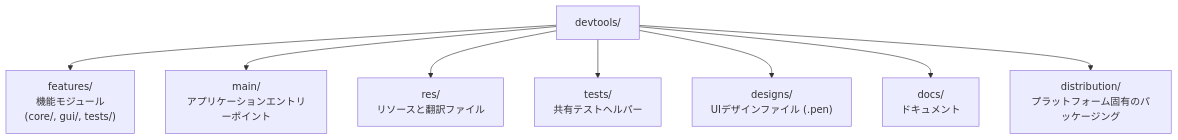
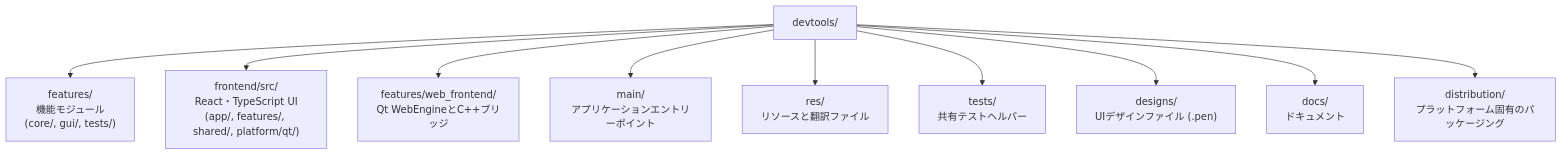
One commit to LotusAndCompany/devtools changed the first of 2 diagrams in docs/ja/CONTRIBUTING.md. Above: the diagram before and after it, drawn with Mermaid. The commit also changed other lines of this file and 37 other files, not shown here.

````diff
--- a/docs/ja/CONTRIBUTING.md
+++ b/docs/ja/CONTRIBUTING.md
@@ -32,11 +32,13 @@
 ```mermaid
 flowchart TD
     root["devtools/"]
     root --> features["features/<br/>機能モジュール<br/>(core/, gui/, tests/)"]
+    root --> frontend["frontend/src/<br/>React・TypeScript UI<br/>(app/, features/, shared/, platform/qt/)"]
+    root --> webbridge["features/web_frontend/<br/>Qt WebEngineとC++ブリッジ"]
     root --> main["main/<br/>アプリケーションエントリーポイント"]
     root --> resources["res/<br/>リソースと翻訳ファイル"]
     root --> tests["tests/<br/>共有テストヘルパー"]
     root --> designs["designs/<br/>UIデザインファイル (.pen)"]
     root --> docs["docs/<br/>ドキュメント"]
     root --> distribution["distribution/<br/>プラットフォーム固有のパッケージング"]
 ```
````
